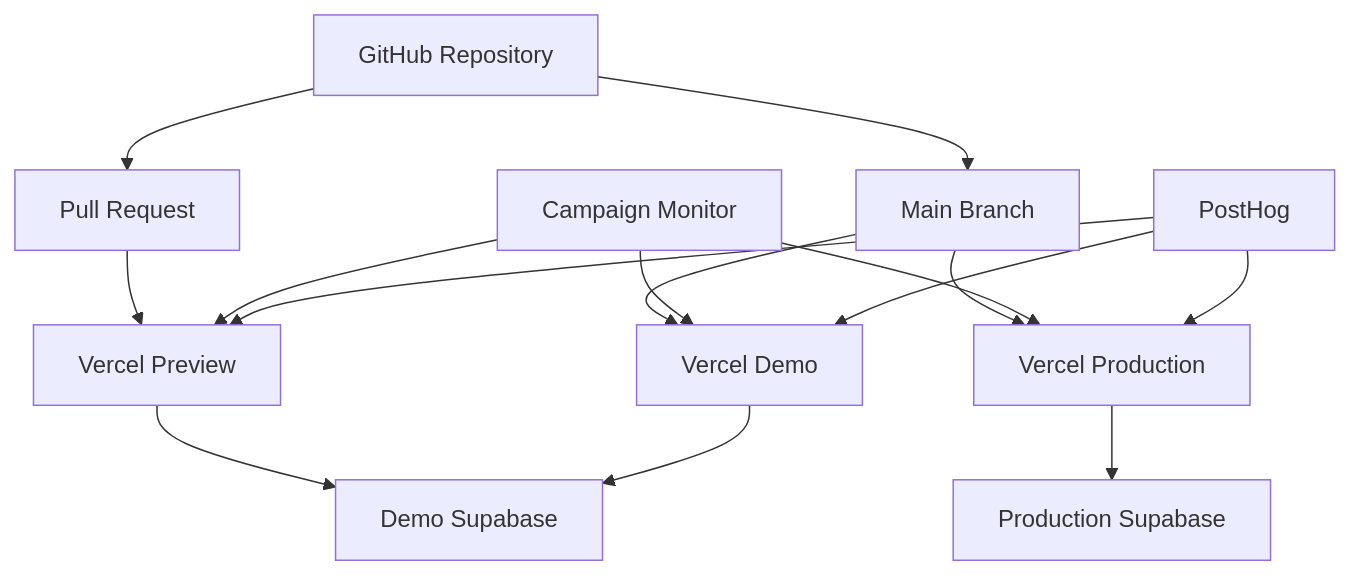
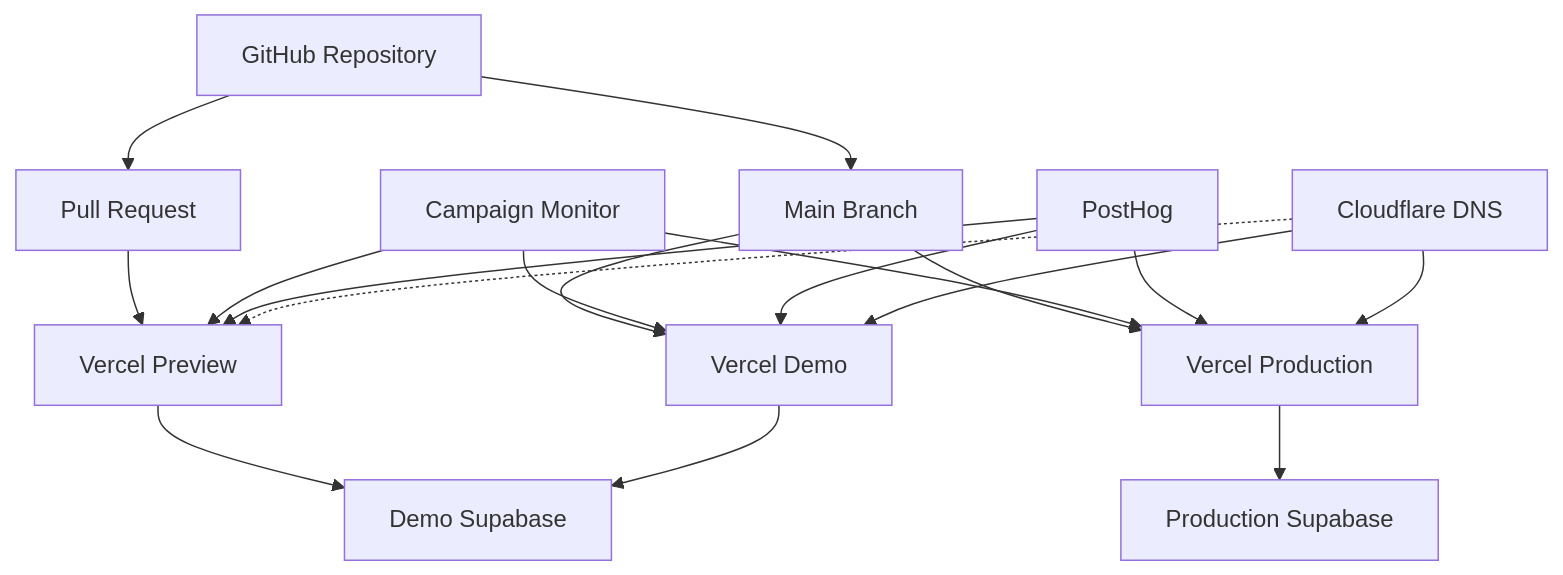
The first of 2 diagrams in docs/src/content/docs/developers/hosting-infrastructure.md (everybody-eats-nz/volunteer-portal), drawn with Mermaid before and after one commit. The commit also changed other lines of this file and 10 other files, not shown here.

````diff
--- a/docs/src/content/docs/developers/hosting-infrastructure.md
+++ b/docs/src/content/docs/developers/hosting-infrastructure.md
@@ -83,20 +103,24 @@
 ```mermaid
 graph TD
     A[GitHub Repository] --> B[Pull Request]
     B --> C[Vercel Preview]
     C --> D[Demo Supabase]
 
     A --> E[Main Branch]
     E --> F[Vercel Production]
     E --> J[Vercel Demo]
     F --> G[Production Supabase]
     J --> D[Demo Supabase]
 
     H[Campaign Monitor] --> F
     H --> J
     H --> C
 
     I[PostHog] --> F
     I --> J
     I --> C
+
+    K[Cloudflare DNS] --> F
+    K --> J
+    K -.-> C
 ```
````
